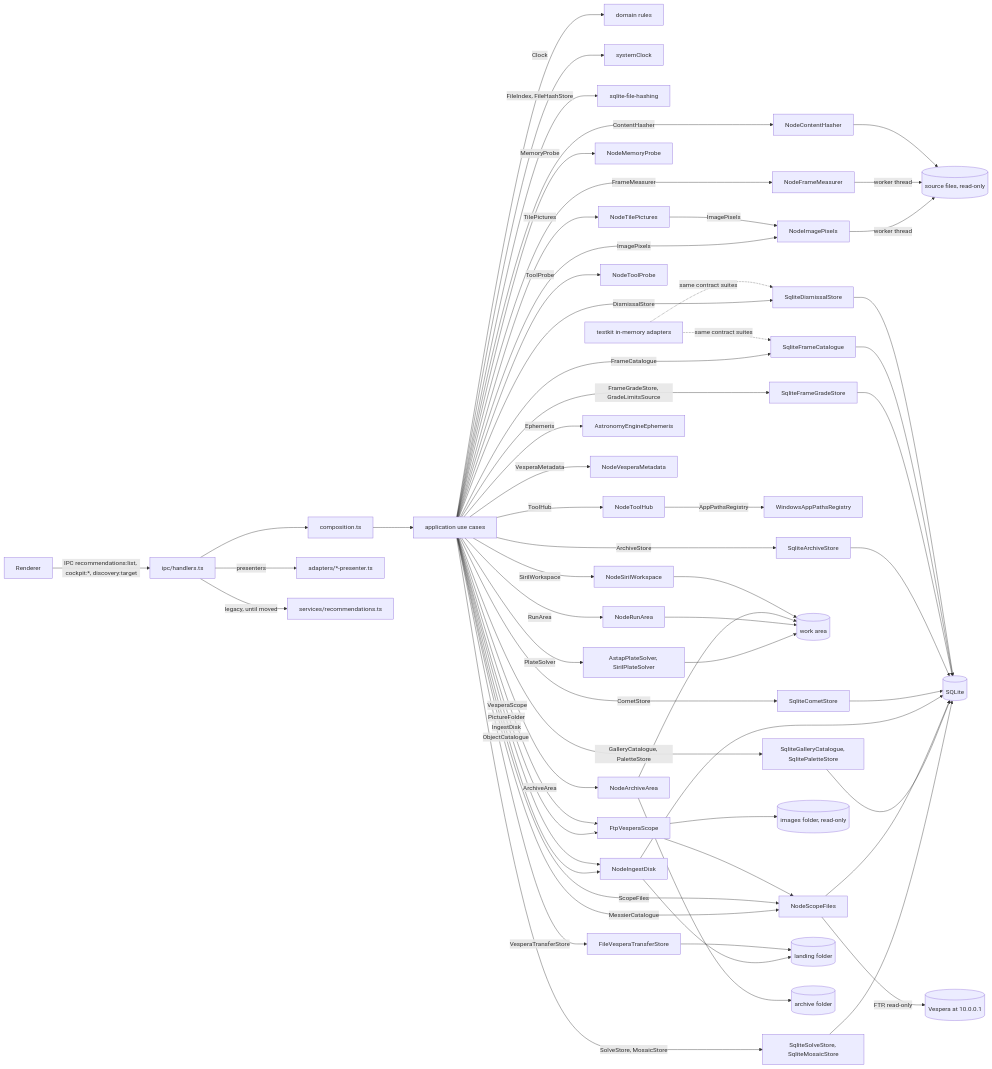
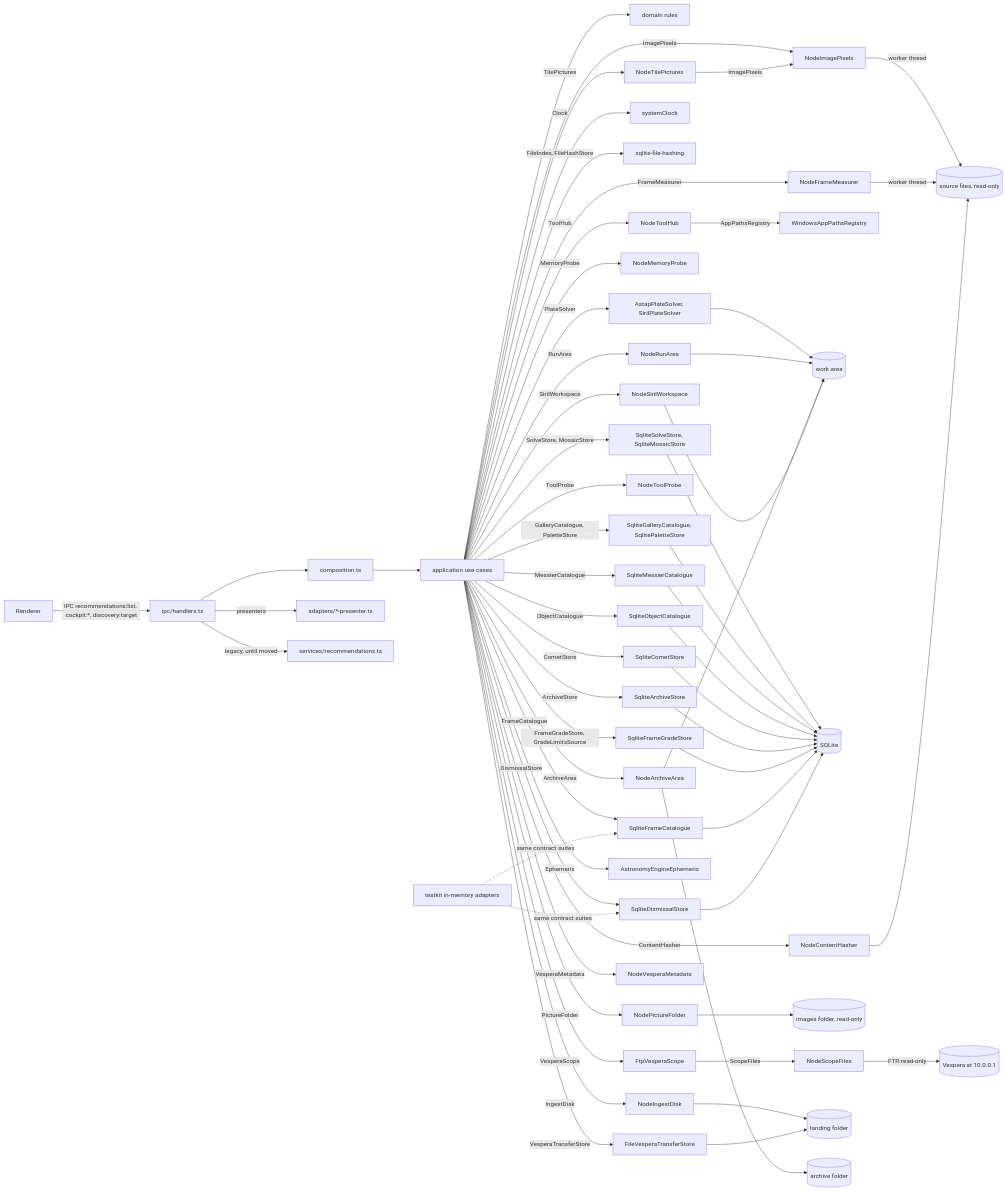
Before and after one commit to lgriffin/astrorepo: the diagram in docs/architecture/hexagonal.md, drawn with Mermaid. The commit also changed other lines of this file and 11 other files, not shown here.

````diff
--- a/docs/architecture/hexagonal.md
+++ b/docs/architecture/hexagonal.md
@@ -23,63 +23,62 @@
 ```mermaid
 flowchart LR
   UI[Renderer] -->|IPC recommendations:list, cockpit:*, discovery:target| H[ipc/handlers.ts]
   H --> C[composition.ts]
   C --> UC[application use cases]
   UC --> D[domain rules]
   UC -->|FrameCatalogue| A1[SqliteFrameCatalogue]
   UC -->|DismissalStore| A2[SqliteDismissalStore]
   UC -->|Clock| A3[systemClock]
   UC -->|FileIndex, FileHashStore| A4[sqlite-file-hashing]
   UC -->|ContentHasher| A5[NodeContentHasher]
   UC -->|SirilWorkspace| A6[NodeSirilWorkspace]
   UC -->|FrameGradeStore, GradeLimitsSource| A7[SqliteFrameGradeStore]
   UC -->|FrameMeasurer| A8[NodeFrameMeasurer]
   UC -->|MemoryProbe| A9[NodeMemoryProbe]
   UC -->|RunArea| A10[NodeRunArea]
   UC -->|ArchiveArea| A11[NodeArchiveArea]
   UC -->|ArchiveStore| A12[SqliteArchiveStore]
   UC -->|ToolHub| A13[NodeToolHub]
   A13 -->|AppPathsRegistry| A14[WindowsAppPathsRegistry]
   UC -->|ToolProbe| A15[NodeToolProbe]
   UC -->|PlateSolver| A16[AstapPlateSolver, SirilPlateSolver]
   UC -->|SolveStore, MosaicStore| A17[SqliteSolveStore, SqliteMosaicStore]
   A16 --> WA
   A17 --> DB
   UC -->|ImagePixels| A18[NodeImagePixels]
   UC -->|GalleryCatalogue, PaletteStore| A19[SqliteGalleryCatalogue, SqlitePaletteStore]
   A18 -->|worker thread| FS
   A19 --> DB
   UC -->|MessierCatalogue| A22[SqliteMessierCatalogue]
   UC -->|TilePictures| A23[NodeTilePictures]
   A22 --> DB
   A23 -->|ImagePixels| A18
   UC -->|PictureFolder| A24[NodePictureFolder]
   UC -->|ObjectCatalogue| A25[SqliteObjectCatalogue]
   A24 --> IMG[(images folder, read-only)]
   A25 --> DB
   UC -->|CometStore| A20[SqliteCometStore]
   UC -->|Ephemeris| A21[AstronomyEngineEphemeris]
-  UC -->|ScopeFiles| A22[NodeScopeFiles]
-  UC -->|VesperaScope| A24[FtpVesperaScope]
-  UC -->|IngestDisk| A25[NodeIngestDisk]
-  UC -->|VesperaMetadata| A26[NodeVesperaMetadata]
-  UC -->|VesperaTransferStore| A27[FileVesperaTransferStore]
-  A22 -->|FTP, read-only| VS[(Vespera at 10.0.0.1)]
-  A24 --> A22
-  A25 --> LA[(landing folder)]
-  A27 --> LA
+  UC -->|VesperaScope| A28[FtpVesperaScope]
+  A28 -->|ScopeFiles| A29[NodeScopeFiles]
+  UC -->|IngestDisk| A30[NodeIngestDisk]
+  UC -->|VesperaMetadata| A31[NodeVesperaMetadata]
+  UC -->|VesperaTransferStore| A32[FileVesperaTransferStore]
+  A29 -->|FTP, read-only| VS[(Vespera at 10.0.0.1)]
+  A30 --> LA[(landing folder)]
+  A32 --> LA
   A20 --> DB
   A10 --> WA
   A11 --> WA
   A11 --> AR[(archive folder)]
   A12 --> DB
   A8 -->|worker thread| FS
   A7 --> DB
   A5 --> FS[(source files, read-only)]
   A6 --> WA[(work area)]
   A1 --> DB[(SQLite)]
   A2 --> DB
   T[testkit in-memory adapters] -.same contract suites.-> A1 & A2
   H -->|presenters| P[adapters/*-presenter.ts]
   H -->|legacy, until moved| S[services/recommendations.ts]
 ```
````
